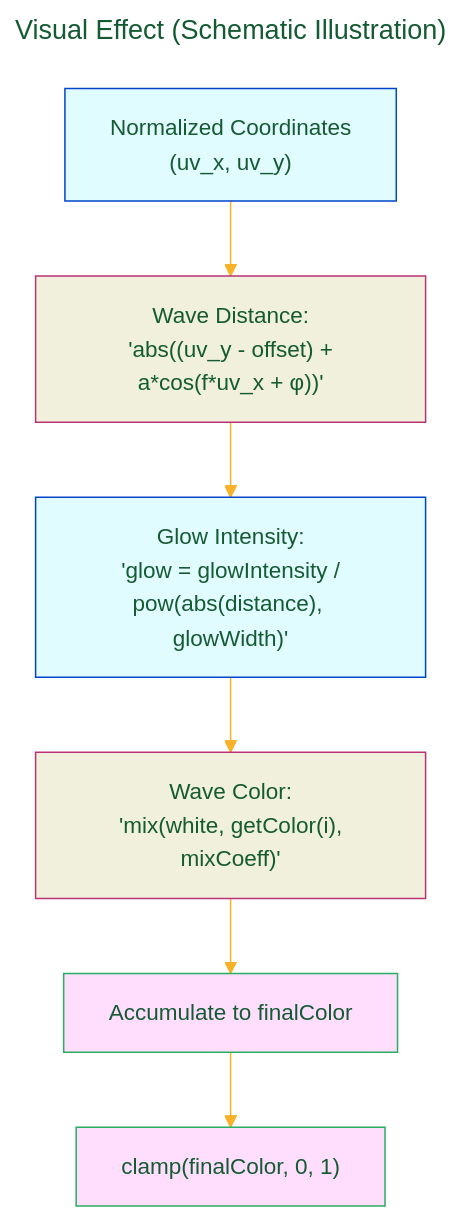
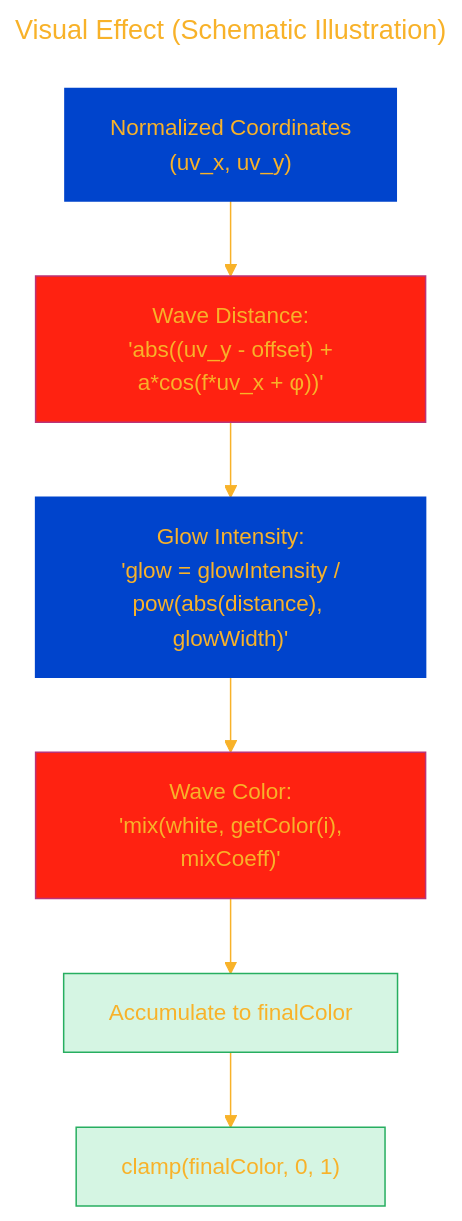
One commit to CongLeSolutionX/Harmonic_Shaders changed the seventh of 8 diagrams in DOCUMENTATION_Draft_2.md. Above: the diagram before and after it, drawn with Mermaid. The commit also changed other lines of this file, not shown here.

````diff
--- a/DOCUMENTATION_Draft_2.md
+++ b/DOCUMENTATION_Draft_2.md
@@ -473,41 +473,41 @@
 ```mermaid
 ---
 title: "Visual Effect (Schematic Illustration)"
 author: "Cong Le"
 version: "1.0"
 license(s): "MIT, CC BY 4.0"
 copyright: "Copyright (c) 2025 Cong Le. All Rights Reserved."
 config:
   layout: dagre
   theme: base
 ---
 %%%%%%%% Mermaid version v11.4.1-b.14
 %%%%%%%% Available curve styles include the following keywords:
 %% basis, bumpX, bumpY, cardinal, catmullRom, linear, monotoneX, monotoneY, natural, step, stepAfter, stepBefore.
 %%{
   init: {
     'flowchart': { 'htmlLabels': false, 'curve': 'linear' },
     'fontFamily': 'Monaco',
     'themeVariables': {
-      'primaryColor': '#F5E3',
-      'primaryTextColor': '#145A32',
+      'primaryColor': '#D5F5E3',
+      'primaryTextColor': '#F8B229',
       'lineColor': '#F8B229',
       'primaryBorderColor': '#27AE60',
       'secondaryColor': '#EBDEF0',
       'secondaryTextColor': '#6C3483',
       'secondaryBorderColor': '#A569BD',
       'fontSize': '15px'
     }
   }
 }%%
 flowchart TD
-    classDef glow fill:#e0fcff,stroke:#04c
-    classDef wave fill:#f0f0dc,stroke:#b37
+    classDef glow fill:#04c,stroke:#04c
+    classDef wave fill:#f21,stroke:#b37
     
     UV["Normalized Coordinates<br/>(uv_x, uv_y)"]:::glow --> harmSDF["Wave Distance:<br/> 'abs((uv_y - offset) + a*cos(f*uv_x + φ))'"]:::wave
     harmSDF --> glowFunc["Glow Intensity:<br/> 'glow = glowIntensity / pow(abs(distance), glowWidth)'"]:::glow
     glowFunc --> colorFunc["Wave Color:<br/> 'mix(white, getColor(i), mixCoeff)'"]:::wave
     colorFunc --> addColor["Accumulate to finalColor"]
     addColor --> clamp["clamp(finalColor, 0, 1)"]
     
 ```
````
